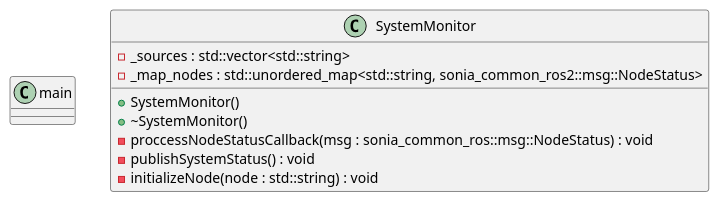
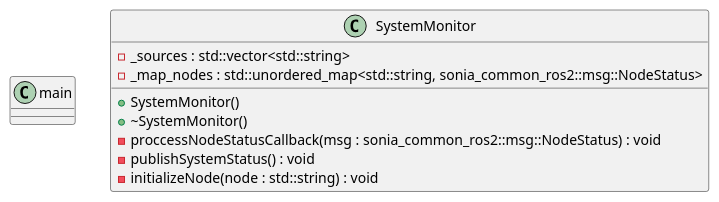
One commit to sonia-auv/sonia_deploy changed the diagram in doc/ClassDiagram.wsd. Above: the diagram before and after it, drawn with PlantUML. The commit also changed 7 other files, not shown here.

Commit message:
LOG-150: modified sequence

```diff
--- a/doc/ClassDiagram.wsd
+++ b/doc/ClassDiagram.wsd
@@ -1,15 +1,15 @@
 @startuml template
     class main{
         }
     class SystemMonitor{
         - _sources : std::vector<std::string>
         - _map_nodes : std::unordered_map<std::string, sonia_common_ros2::msg::NodeStatus>
     
         + SystemMonitor()
         + ~SystemMonitor()
-        - proccessNodeStatusCallback(msg : sonia_common_ros::msg::NodeStatus) : void
+        - proccessNodeStatusCallback(msg : sonia_common_ros2::msg::NodeStatus) : void
         - publishSystemStatus() : void
         - initializeNode(node : std::string) : void       
 
     }
 @enduml
```
